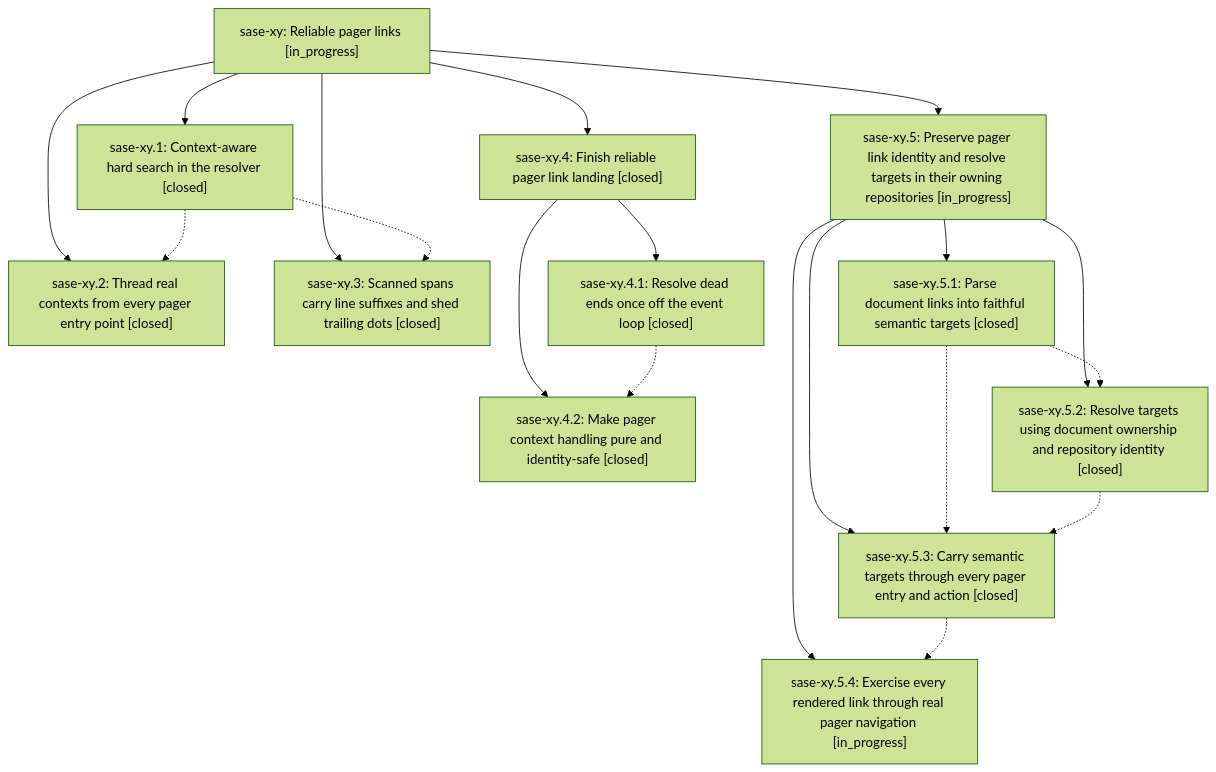
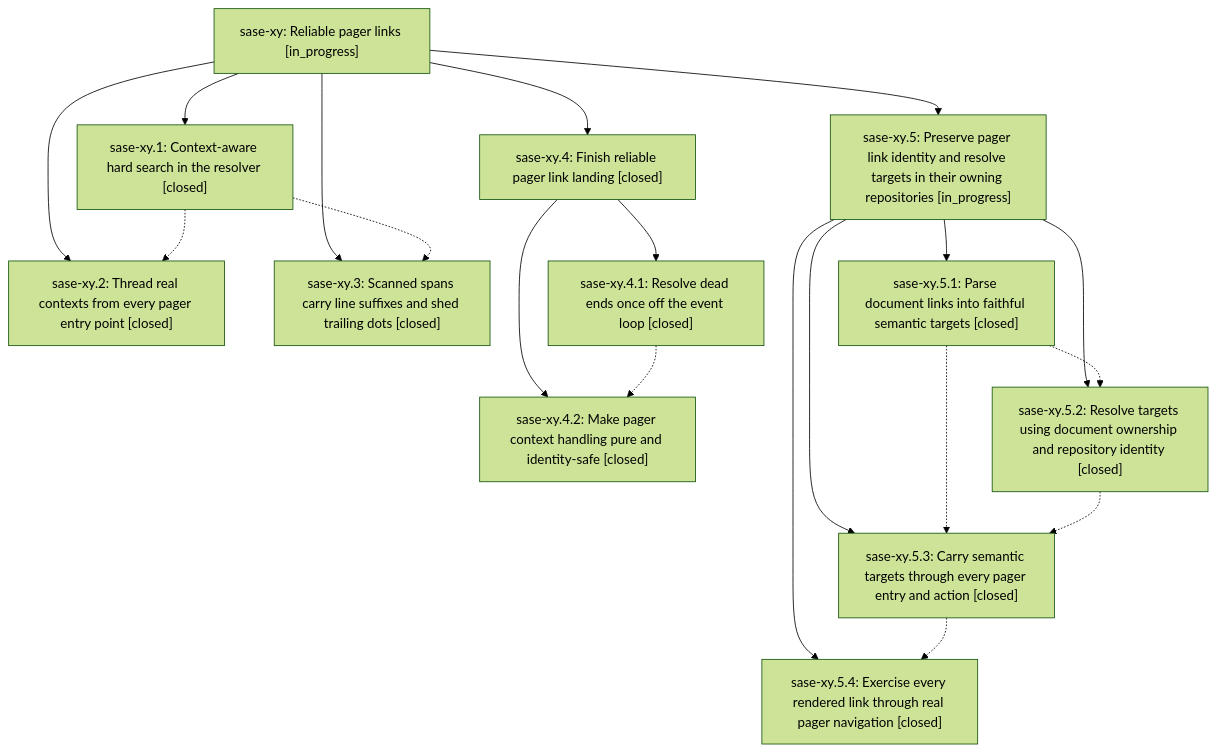
Before and after one commit to sase-org/sase--beads: the diagram in pages/sase-xy/README.md, drawn with Mermaid (forest theme). The commit also changed other lines of this file and 3 other files, not shown here.

````diff
--- a/pages/sase-xy/README.md
+++ b/pages/sase-xy/README.md
@@ -42,33 +42,33 @@
 ```mermaid
 flowchart TD
     n0["sase-xy: Reliable pager links [in_progress]"]
     n1["sase-xy.1: Context-aware hard search in the resolver [closed]"]
     n2["sase-xy.2: Thread real contexts from every pager entry point [closed]"]
     n3["sase-xy.3: Scanned spans carry line suffixes and shed trailing dots [closed]"]
     n4["sase-xy.4: Finish reliable pager link landing [closed]"]
     n5["sase-xy.4.1: Resolve dead ends once off the event loop [closed]"]
     n6["sase-xy.4.2: Make pager context handling pure and identity-safe [closed]"]
     n7["sase-xy.5: Preserve pager link identity and resolve targets in their owning repositories [in_progress]"]
     n8["sase-xy.5.1: Parse document links into faithful semantic targets [closed]"]
     n9["sase-xy.5.2: Resolve targets using document ownership and repository identity [closed]"]
     n10["sase-xy.5.3: Carry semantic targets through every pager entry and action [closed]"]
-    n11["sase-xy.5.4: Exercise every rendered link through real pager navigation [in_progress]"]
+    n11["sase-xy.5.4: Exercise every rendered link through real pager navigation [closed]"]
     n0 --> n1
     n0 --> n2
     n0 --> n3
     n0 --> n4
     n4 --> n5
     n4 --> n6
     n0 --> n7
     n7 --> n8
     n7 --> n9
     n7 --> n10
     n7 --> n11
     n1 -.-> n2
     n1 -.-> n3
     n5 -.-> n6
     n8 -.-> n9
     n8 -.-> n10
     n9 -.-> n10
     n10 -.-> n11
 ```
````
